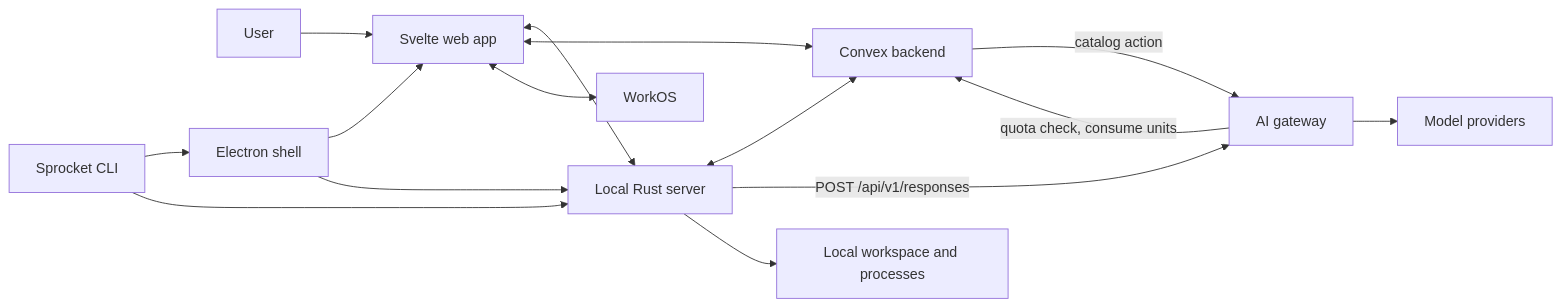
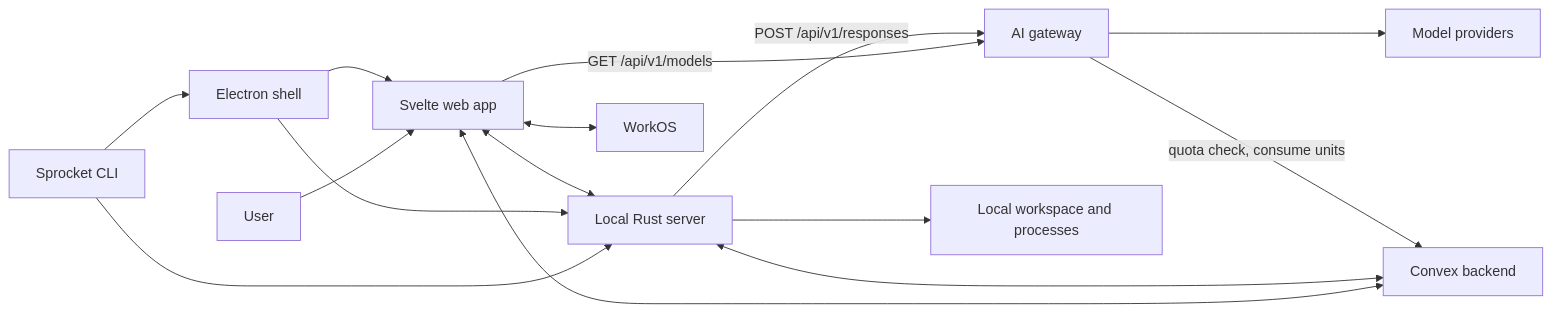
The first of 2 diagrams in ARCHITECTURE.md (spikonado/sprocket), drawn with Mermaid before and after one commit. The commit also changed other lines of this file and 25 other files, not shown here.

First line of the commit message:
refactor(models): Load the model catalog from the AI gateway

````diff
--- a/ARCHITECTURE.md
+++ b/ARCHITECTURE.md
@@ -27,17 +27,17 @@
 ```mermaid
 flowchart LR
     User[User] --> Web[Svelte web app]
     CLI[Sprocket CLI] --> Desktop[Electron shell]
     Desktop --> Web
     CLI --> Local[Local Rust server]
     Desktop --> Local
     Web <--> Local
     Web <--> Convex[Convex backend]
     Local <--> Convex
-    Convex -->|"catalog action"| Gateway[AI gateway]
+    Web -->|"GET /api/v1/models"| Gateway[AI gateway]
     Local -->|"POST /api/v1/responses"| Gateway
     Gateway --> Providers[Model providers]
     Gateway -->|"quota check, consume units"| Convex
     Web <--> Auth[WorkOS]
     Local --> Workspace[Local workspace and processes]
 ```
````
